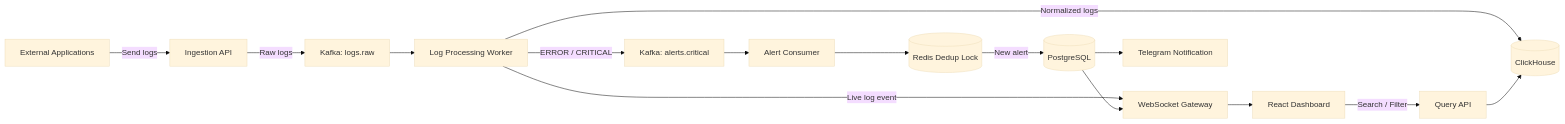
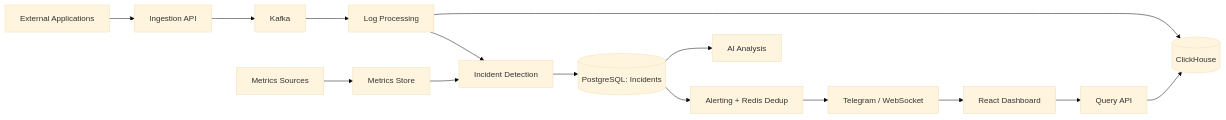
One commit to nguyentrongduc2005/log-monitoring-system changed the diagram in PROJECT_SUMMARY.md. Above: the diagram before and after it, drawn with Mermaid (base theme). The commit also changed other lines of this file and 167 other files, not shown here.

````diff
--- a/PROJECT_SUMMARY.md
+++ b/PROJECT_SUMMARY.md
@@ -19,17 +29,17 @@
 ```mermaid
 flowchart LR
-    A[External Applications] -->|Send logs| B[Ingestion API]
-    B -->|Raw logs| C[Kafka: logs.raw]
-    C --> D[Log Processing Worker]
-    D -->|Normalized logs| E[(ClickHouse)]
-    D -->|Live log event| F[WebSocket Gateway]
-    D -->|ERROR / CRITICAL| G[Kafka: alerts.critical]
-    G --> H[Alert Consumer]
-    H --> I[(Redis Dedup Lock)]
-    I -->|New alert| J[(PostgreSQL)]
-    J --> K[Telegram Notification]
-    J --> F
-    F --> L[React Dashboard]
-    L -->|Search / Filter| M[Query API]
-    M --> E
+    A[External Applications] --> B[Ingestion API]
+    B --> C[Kafka]
+    C --> D[Log Processing]
+    D --> E[(ClickHouse)]
+    D --> F[Incident Detection]
+    M[Metrics Sources] --> N[Metrics Store]
+    N --> F
+    F --> G[(PostgreSQL: Incidents)]
+    G --> H[Alerting + Redis Dedup]
+    H --> I[Telegram / WebSocket]
+    G --> J[AI Analysis]
+    I --> K[React Dashboard]
+    K --> L[Query API]
+    L --> E
 ```
````
